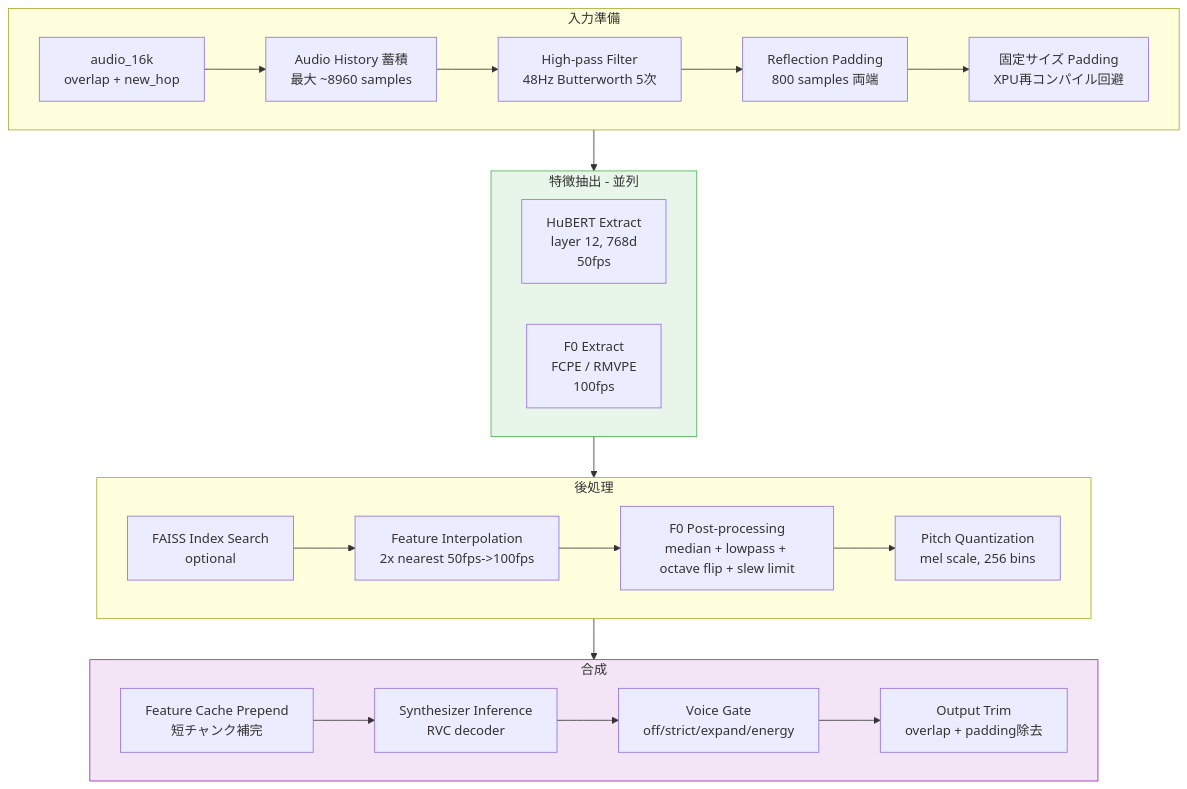
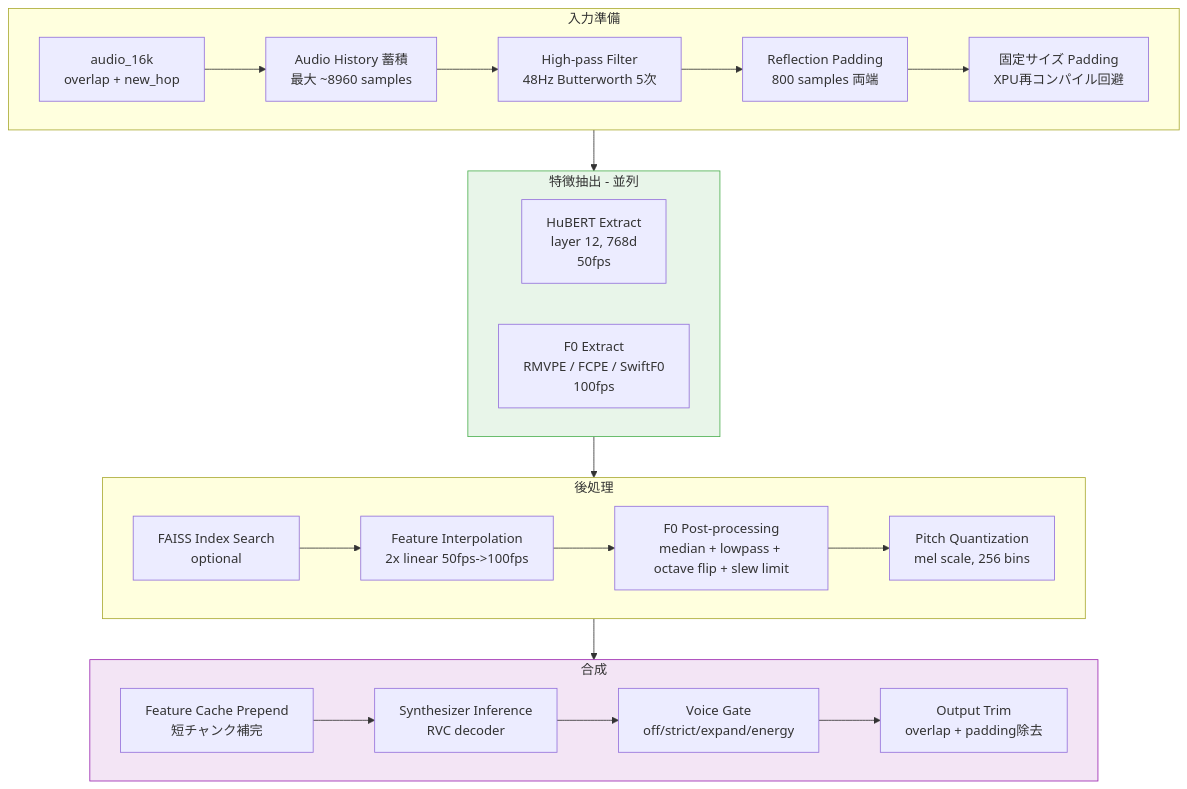
One commit to kjranyone/RCWX changed the third of 16 diagrams in docs/pipeline-comparison-wokada.md. Above: the diagram before and after it, drawn with Mermaid. The commit also changed other lines of this file and 14 other files, not shown here.

````diff
--- a/docs/pipeline-comparison-wokada.md
+++ b/docs/pipeline-comparison-wokada.md
@@ -87,34 +103,34 @@
 ```mermaid
 flowchart TB
     subgraph input[入力準備]
         A1[audio_16k<br/>overlap + new_hop] --> A2[Audio History 蓄積<br/>最大 ~8960 samples]
         A2 --> A3[High-pass Filter<br/>48Hz Butterworth 5次]
         A3 --> A4[Reflection Padding<br/>800 samples 両端]
         A4 --> A5[固定サイズ Padding<br/>XPU再コンパイル回避]
     end
 
     subgraph extract[特徴抽出 - 並列]
         direction LR
         B1[HuBERT Extract<br/>layer 12, 768d<br/>50fps]
-        B2[F0 Extract<br/>FCPE / RMVPE<br/>100fps]
+        B2[F0 Extract<br/>RMVPE / FCPE / SwiftF0<br/>100fps]
     end
 
     subgraph process[後処理]
-        C1[FAISS Index Search<br/>optional] --> C2[Feature Interpolation<br/>2x nearest 50fps->100fps]
+        C1[FAISS Index Search<br/>optional] --> C2[Feature Interpolation<br/>2x linear 50fps->100fps]
         C2 --> C3[F0 Post-processing<br/>median + lowpass + octave flip + slew limit]
         C3 --> C4[Pitch Quantization<br/>mel scale, 256 bins]
     end
 
     subgraph synth[合成]
         D1[Feature Cache Prepend<br/>短チャンク補完] --> D2[Synthesizer Inference<br/>RVC decoder]
         D2 --> D3[Voice Gate<br/>off/strict/expand/energy]
         D3 --> D4[Output Trim<br/>overlap + padding除去]
     end
 
     input --> extract
     extract --> process
     process --> synth
 
     style extract fill:#e8f5e9,stroke:#4CAF50
     style synth fill:#f3e5f5,stroke:#9C27B0
 ```
````
